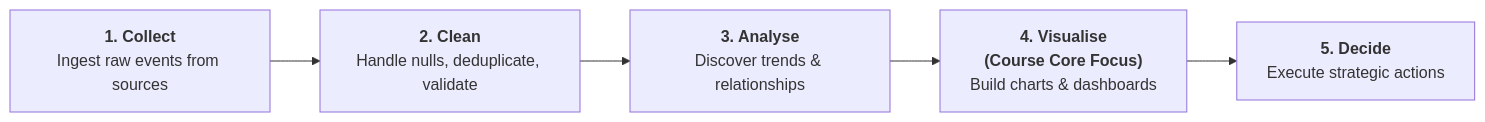
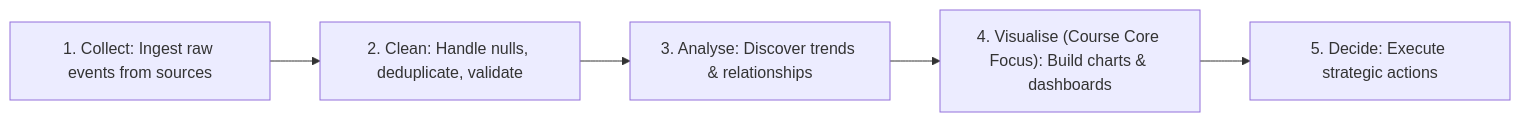
Before and after one commit to DeepLumiere/DeepSkills: the fifth of 7 diagrams in notes/data_analysis/Chapter7_Introduction_to_Business_Data.md, drawn with Mermaid. The commit also changed other lines of this file and 56 other files, not shown here.

````diff
--- a/notes/data_analysis/Chapter7_Introduction_to_Business_Data.md
+++ b/notes/data_analysis/Chapter7_Introduction_to_Business_Data.md
@@ -198,7 +198,7 @@
 ```mermaid
 flowchart LR
-    C1["<b>1. Collect</b><br/>Ingest raw events from sources"] --> C2["<b>2. Clean</b><br/>Handle nulls, deduplicate, validate"]
-    C2 --> C3["<b>3. Analyse</b><br/>Discover trends & relationships"]
-    C3 --> C4["<b>4. Visualise</b><br/><b>(Course Core Focus)</b><br/>Build charts & dashboards"]
-    C4 --> C5["<b>5. Decide</b><br/>Execute strategic actions"]
+    C1["1. Collect: Ingest raw events from sources"] --> C2["2. Clean: Handle nulls, deduplicate, validate"]
+    C2 --> C3["3. Analyse: Discover trends & relationships"]
+    C3 --> C4["4. Visualise (Course Core Focus): Build charts & dashboards"]
+    C4 --> C5["5. Decide: Execute strategic actions"]
 ```
````
